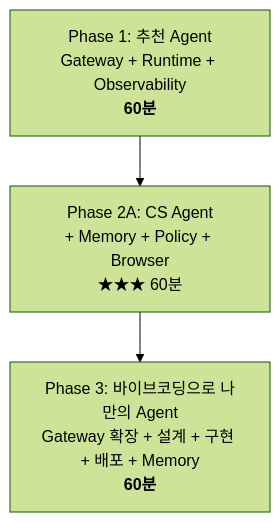
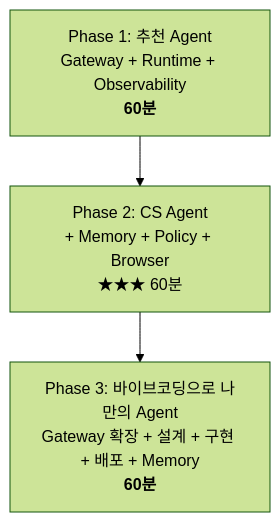
The diagram in docs/index.md (kjhyuok/rcg-agentcore-workshop-guide), drawn with Mermaid (forest theme) before and after one commit. The commit also changed other lines of this file and 14 other files, not shown here.

````diff
--- a/docs/index.md
+++ b/docs/index.md
@@ -69,5 +69,5 @@
 ```mermaid
 graph TD
-    A["Phase 1: 추천 Agent<br/>Gateway + Runtime + Observability<br/><b>60분</b>"] --> C["Phase 2A: CS Agent<br/>+ Memory + Policy + Browser<br/>★★★ 60분"]
+    A["Phase 1: 추천 Agent<br/>Gateway + Runtime + Observability<br/><b>60분</b>"] --> C["Phase 2: CS Agent<br/>+ Memory + Policy + Browser<br/>★★★ 60분"]
     C --> E["Phase 3: 바이브코딩으로 나만의 Agent<br/>Gateway 확장 + 설계 + 구현 + 배포 + Memory<br/><b>60분</b>"]
 ```
````
